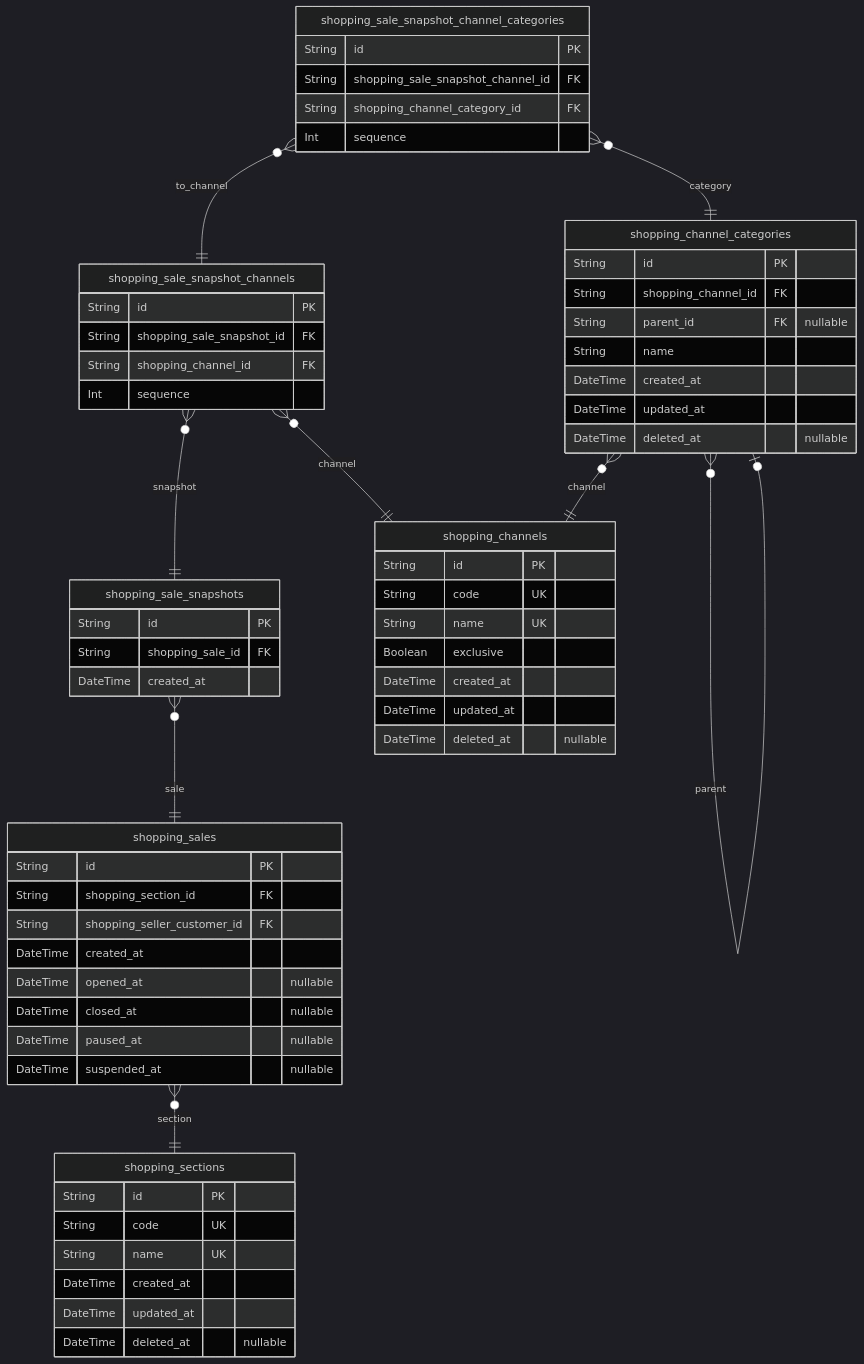
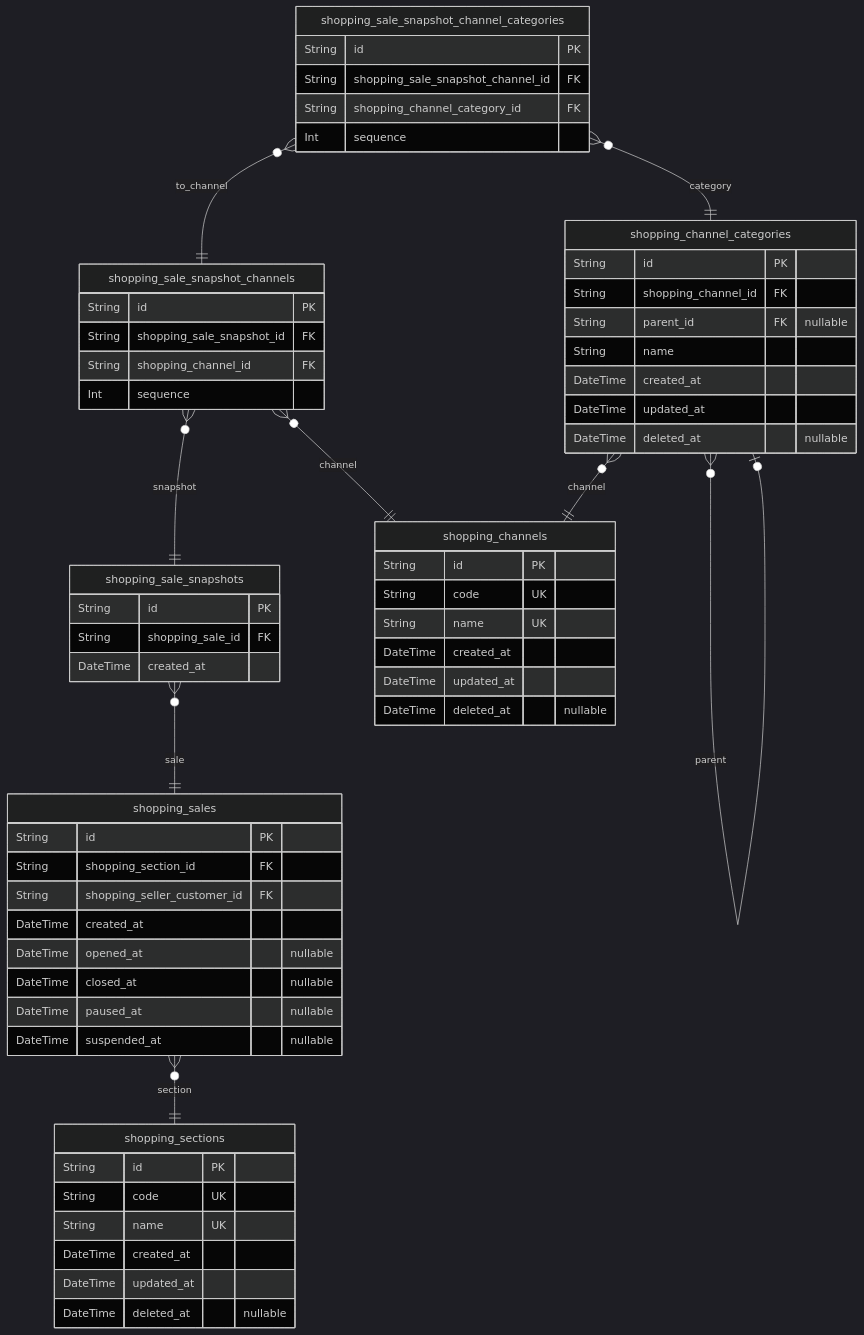
One commit to samchon/shopping-backend changed the second of 10 diagrams in docs/ERD.md. Above: the diagram before and after it, drawn with Mermaid (dark theme). The commit also changed other lines of this file and 47 other files, not shown here.

````diff
--- a/docs/ERD.md
+++ b/docs/ERD.md
@@ -235,64 +235,63 @@
 ```mermaid
 erDiagram
 "shopping_channels" {
     String id PK
     String code UK
     String name UK
-    Boolean exclusive
     DateTime created_at
     DateTime updated_at
     DateTime deleted_at "nullable"
 }
 "shopping_channel_categories" {
     String id PK
     String shopping_channel_id FK
     String parent_id FK "nullable"
     String name
     DateTime created_at
     DateTime updated_at
     DateTime deleted_at "nullable"
 }
 "shopping_sections" {
     String id PK
     String code UK
     String name UK
     DateTime created_at
     DateTime updated_at
     DateTime deleted_at "nullable"
 }
 "shopping_sales" {
     String id PK
     String shopping_section_id FK
     String shopping_seller_customer_id FK
     DateTime created_at
     DateTime opened_at "nullable"
     DateTime closed_at "nullable"
     DateTime paused_at "nullable"
     DateTime suspended_at "nullable"
 }
 "shopping_sale_snapshots" {
     String id PK
     String shopping_sale_id FK
     DateTime created_at
 }
 "shopping_sale_snapshot_channels" {
     String id PK
     String shopping_sale_snapshot_id FK
     String shopping_channel_id FK
     Int sequence
 }
 "shopping_sale_snapshot_channel_categories" {
     String id PK
     String shopping_sale_snapshot_channel_id FK
     String shopping_channel_category_id FK
     Int sequence
 }
 "shopping_channel_categories" }o--|| "shopping_channels" : channel
 "shopping_channel_categories" }o--o| "shopping_channel_categories" : parent
 "shopping_sales" }o--|| "shopping_sections" : section
 "shopping_sale_snapshots" }o--|| "shopping_sales" : sale
 "shopping_sale_snapshot_channels" }o--|| "shopping_sale_snapshots" : snapshot
 "shopping_sale_snapshot_channels" }o--|| "shopping_channels" : channel
 "shopping_sale_snapshot_channel_categories" }o--|| "shopping_sale_snapshot_channels" : to_channel
 "shopping_sale_snapshot_channel_categories" }o--|| "shopping_channel_categories" : category
 ```
````
